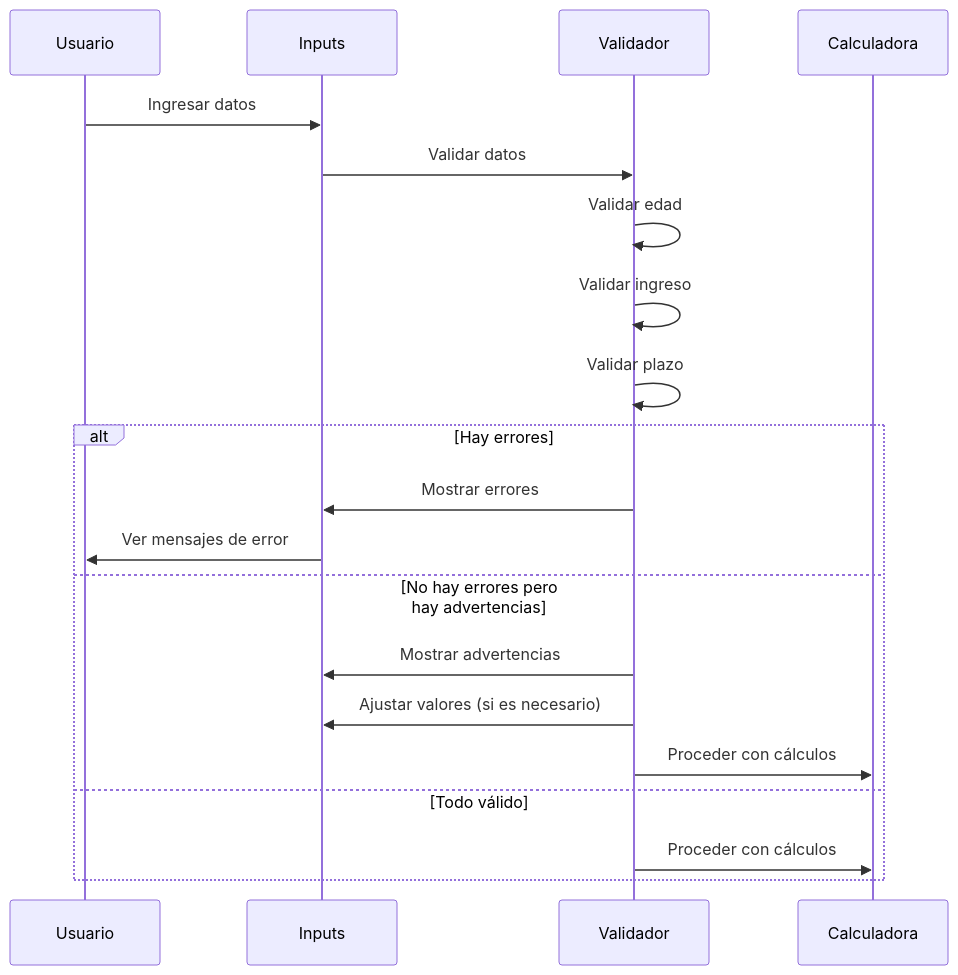
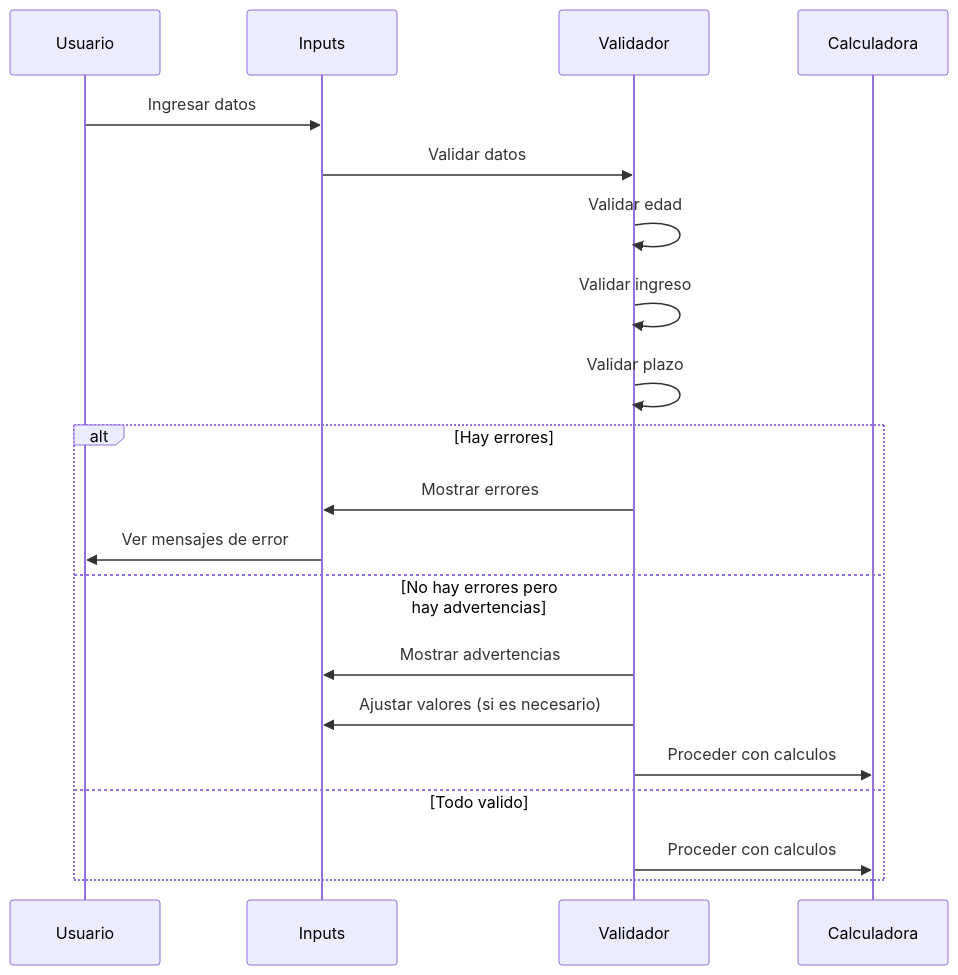
Before and after one commit to santiagoblanco22/calculator_dayana: the eighth of 15 diagrams in diagrams/validations.md, drawn with Mermaid. The commit also changed other lines of this file and 3 other files, not shown here.

````diff
--- a/diagrams/validations.md
+++ b/diagrams/validations.md
@@ -126,25 +126,25 @@
 ```mermaid
 sequenceDiagram
     participant U as Usuario
     participant I as Inputs
     participant V as Validador
     participant C as Calculadora
 
     U->>I: Ingresar datos
     I->>V: Validar datos
 
     V->>V: Validar edad
     V->>V: Validar ingreso
     V->>V: Validar plazo
 
     alt Hay errores
         V->>I: Mostrar errores
         I->>U: Ver mensajes de error
     else No hay errores pero hay advertencias
         V->>I: Mostrar advertencias
         V->>I: Ajustar valores (si es necesario)
-        V->>C: Proceder con cálculos
-    else Todo válido
-        V->>C: Proceder con cálculos
+        V->>C: Proceder con calculos
+    else Todo valido
+        V->>C: Proceder con calculos
     end
 ```
````
